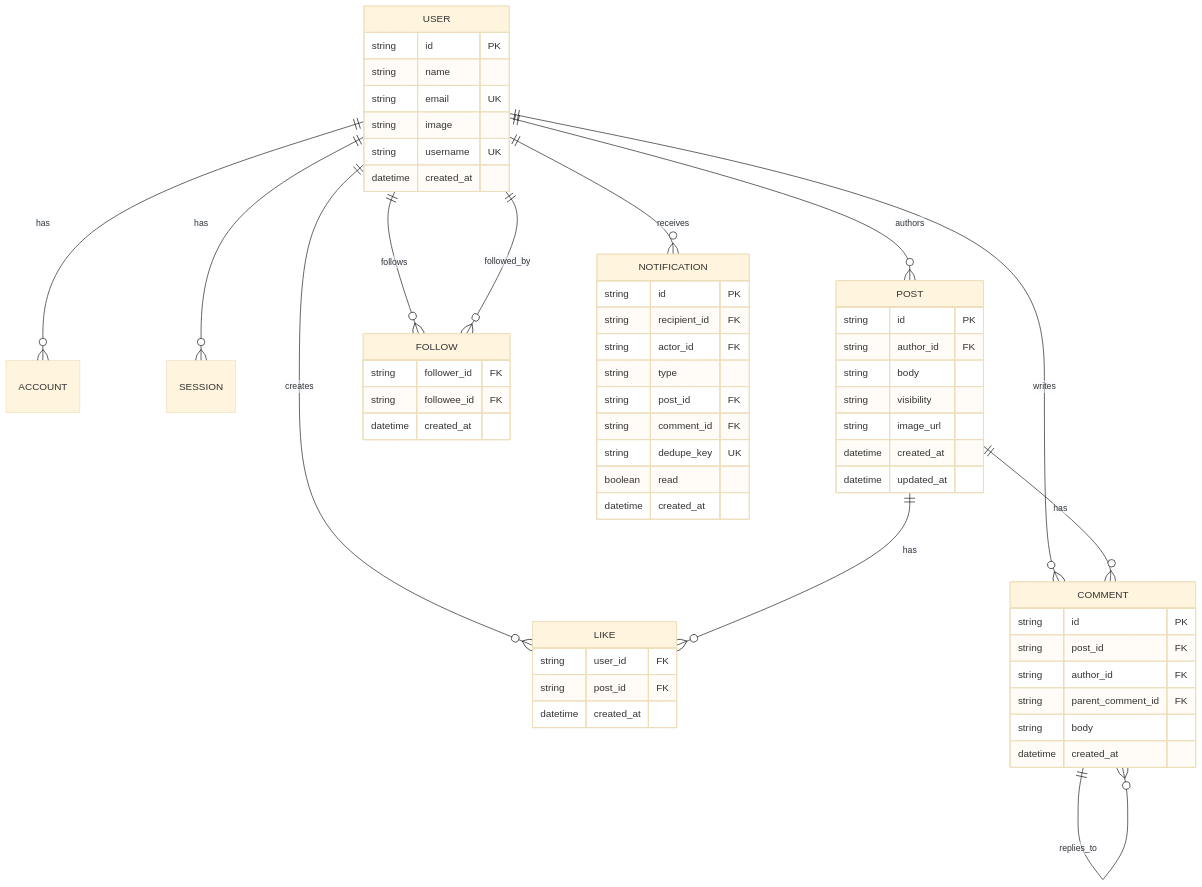
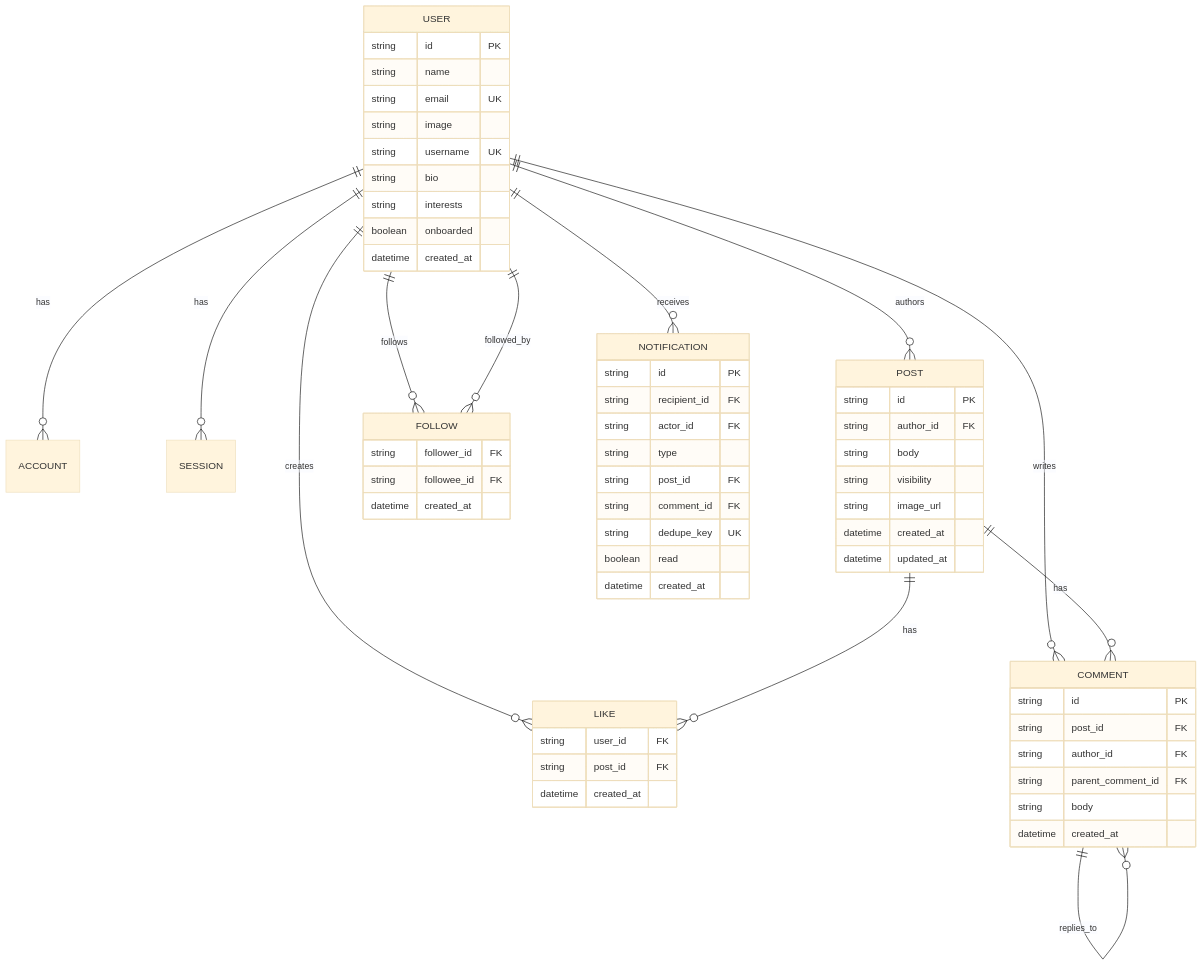
The diagram in docs/database.md (japanese-project/sns-project), drawn with Mermaid (base theme) before and after one commit. The commit also changed 33 other files, not shown here.

````diff
--- a/docs/database.md
+++ b/docs/database.md
@@ -22,67 +22,70 @@
 ```mermaid
 erDiagram
     USER ||--o{ ACCOUNT : has
     USER ||--o{ SESSION : has
     USER ||--o{ POST : authors
     USER ||--o{ LIKE : creates
     USER ||--o{ COMMENT : writes
     USER ||--o{ FOLLOW : follows
     USER ||--o{ FOLLOW : followed_by
     USER ||--o{ NOTIFICATION : receives
 
     POST ||--o{ LIKE : has
     POST ||--o{ COMMENT : has
     COMMENT ||--o{ COMMENT : replies_to
 
     USER {
         string id PK
         string name
         string email UK
         string image
         string username UK
+        string bio
+        string interests
+        boolean onboarded
         datetime created_at
     }
 
     POST {
         string id PK
         string author_id FK
         string body
         string visibility
         string image_url
         datetime created_at
         datetime updated_at
     }
 
     LIKE {
         string user_id FK
         string post_id FK
         datetime created_at
     }
 
     COMMENT {
         string id PK
         string post_id FK
         string author_id FK
         string parent_comment_id FK
         string body
         datetime created_at
     }
 
     FOLLOW {
         string follower_id FK
         string followee_id FK
         datetime created_at
     }
 
     NOTIFICATION {
         string id PK
         string recipient_id FK
         string actor_id FK
         string type
         string post_id FK
         string comment_id FK
         string dedupe_key UK
         boolean read
         datetime created_at
     }
 ```
````
